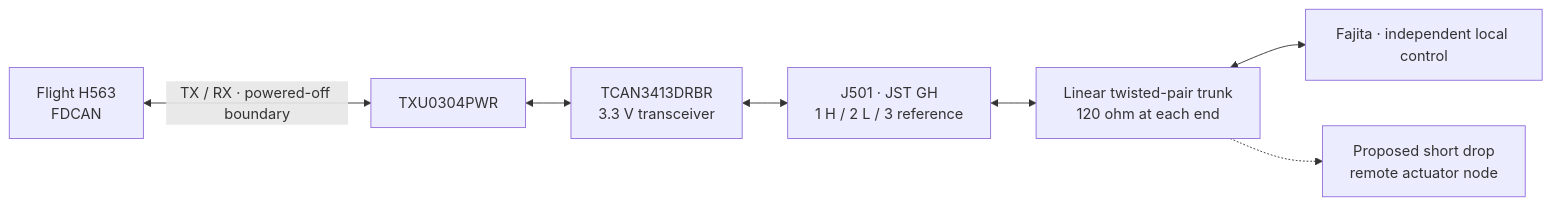
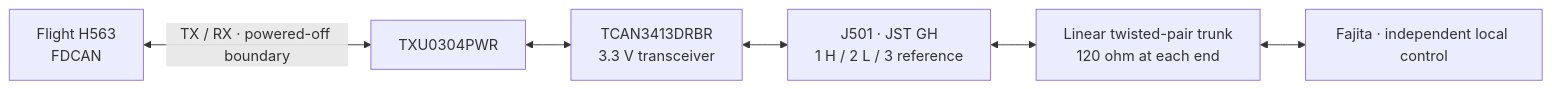
The third of 3 diagrams in docs/architecture/08-foinse-can.md (ULAS-HiPR/Ogma2), drawn with Mermaid before and after one commit. The commit also changed other lines of this file and 25 other files, not shown here.

````diff
--- a/docs/architecture/08-foinse-can.md
+++ b/docs/architecture/08-foinse-can.md
@@ -59,14 +82,12 @@
 ```mermaid
 flowchart LR
   F["Flight H563
 FDCAN"] <-->|"TX / RX · powered-off boundary"| X["TXU0304PWR"]
   X <--> T["TCAN3413DRBR
 3.3 V transceiver"]
   T <--> J["J501 · JST GH
 1 H / 2 L / 3 reference"]
   J <--> H["Linear twisted-pair trunk
 120 ohm at each end"]
   H <--> P["Fajita · independent local control"]
-  H -.-> A["Proposed short drop
-remote actuator node"]
 ```
````
